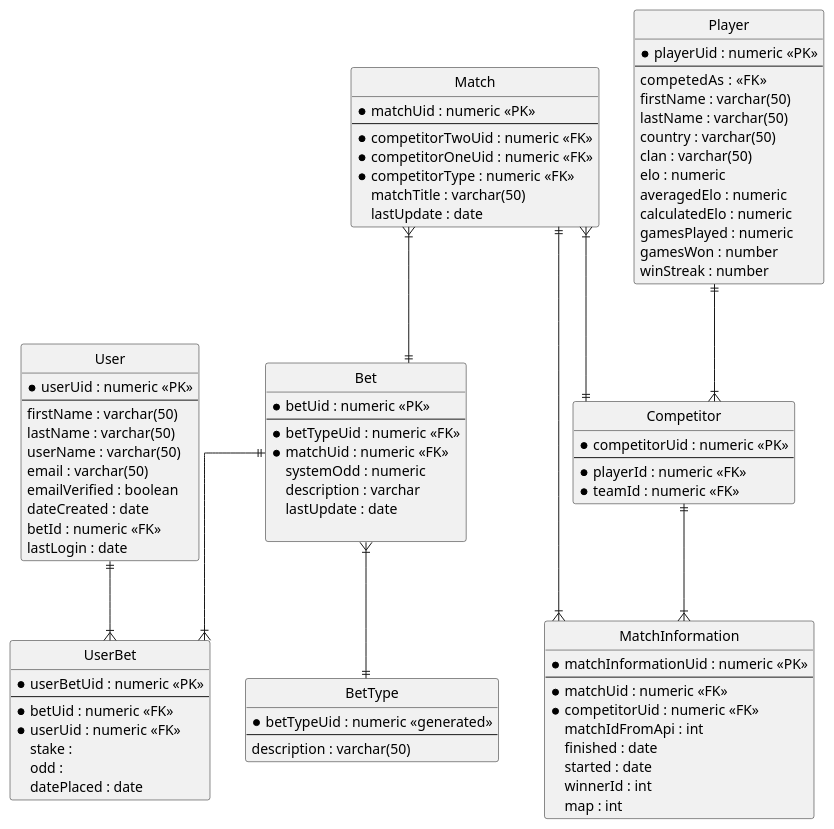
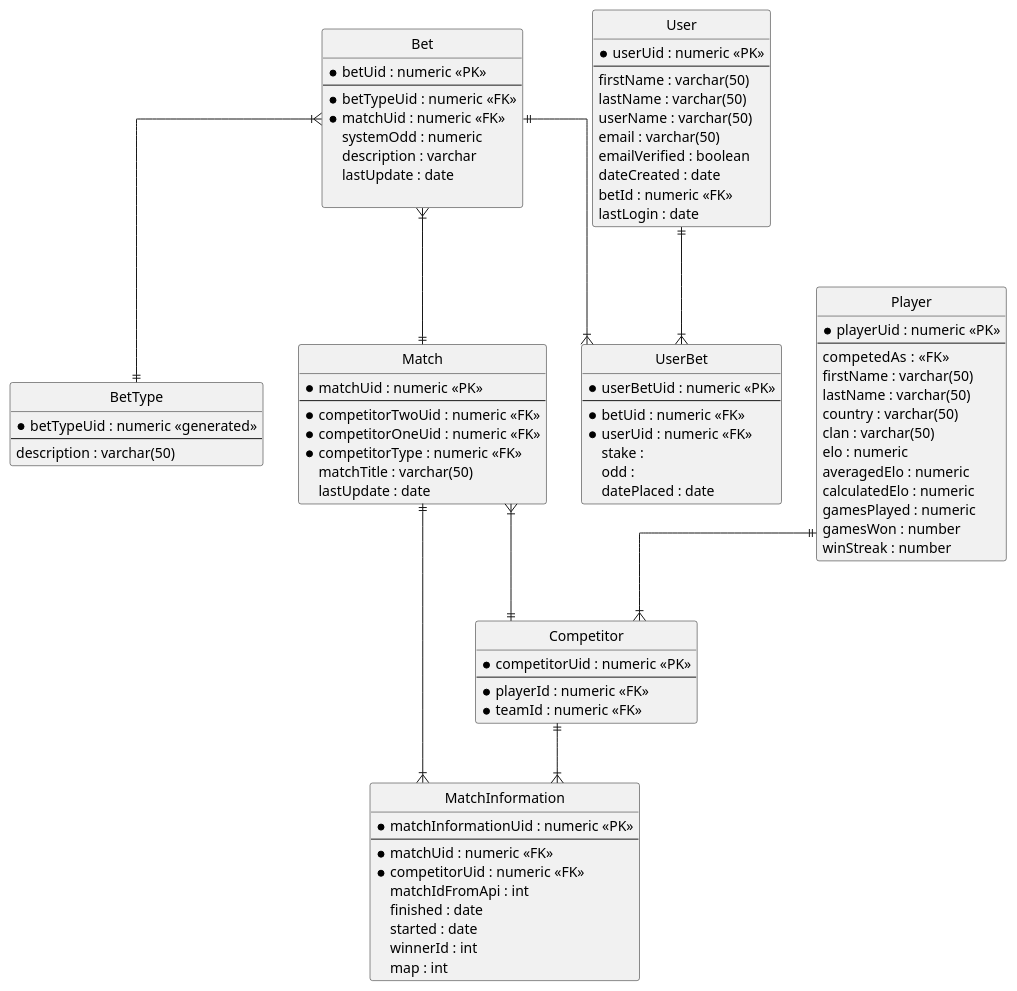
One commit to EmiiFont/aoebetting changed the diagram in docs/ERDiagram.puml. Above: the diagram before and after it, drawn with PlantUML.

Commit message:
fixing bet-match relationship

```diff
--- a/docs/ERDiagram.puml
+++ b/docs/ERDiagram.puml
@@ -1,115 +1,115 @@
 @startuml dbSchema
 
 ' hide the spot
 hide circle
 
 ' avoid problems with angled crows feet
 skinparam linetype ortho
 
 entity "BetType" as betType {
   *betTypeUid : numeric <<generated>>
   --
   description : varchar(50)
 }
 
 entity "Bet" as bet {
   *betUid : numeric <<PK>>
   --
   *betTypeUid : numeric <<FK>>
   *matchUid : numeric <<FK>>
   systemOdd : numeric
   description : varchar
   lastUpdate : date
   
 }
 
 entity "Match" as match {
   *matchUid : numeric <<PK>>
   --
   *competitorTwoUid : numeric <<FK>>
   *competitorOneUid : numeric <<FK>>
   *competitorType : numeric <<FK>>
   matchTitle : varchar(50)
   lastUpdate : date
 }
 
 entity "Competitor" as competitor {
   *competitorUid : numeric <<PK>>
   --
   *playerId : numeric <<FK>>
   *teamId : numeric <<FK>>
 }
 
 entity "MatchInformation" as matchInformation {
   *matchInformationUid : numeric <<PK>>
   --
   *matchUid : numeric <<FK>>
   *competitorUid : numeric <<FK>>
   matchIdFromApi : int
   finished : date
   started : date
   winnerId : int
   map : int 
 }
 
 entity "UserBet" as userBet {
   * userBetUid : numeric <<PK>>
   --
   *betUid : numeric <<FK>>
   *userUid : numeric <<FK>>
   stake : 
   odd : 
   datePlaced : date
 }
 
 entity "User" as user {
   *userUid : numeric <<PK>>
   --
   firstName : varchar(50)
   lastName : varchar(50)
   userName : varchar(50)
   email : varchar(50) 
   emailVerified : boolean 
   dateCreated : date
   betId : numeric <<FK>>
   lastLogin : date
 }
 
 entity "Player" as player {
   *playerUid : numeric <<PK>>
   --
   competedAs :  <<FK>>
   firstName : varchar(50)
   lastName : varchar(50)
   country : varchar(50)
   clan : varchar(50)
   elo : numeric
   averagedElo : numeric
   calculatedElo : numeric
   gamesPlayed : numeric
   gamesWon : number
   winStreak : number
 }
 
 ' Crow's foot notation reference:
 ' Zero or One	|o--
 ' Exactly One	||--
 ' Zero or Many	}o--
 ' One or Many	}|--
 ' 
 ' Examples:
 ' @OneToOne: A ||--|| B
 ' @OneToMany: A ||--|{ B
 ' @ManyToOne: A }|--|| B
 ' @ManyToMany: A }|--|{ B
 
 bet }|--|| betType
 bet ||--|{ userBet
 competitor ||--|{ matchInformation
-match }|--|| bet
+bet }|--|| match
 match }|--|| competitor
 match ||--|{ matchInformation
 player ||--|{ competitor  
 user ||--|{ userBet
 
 @enduml
```
